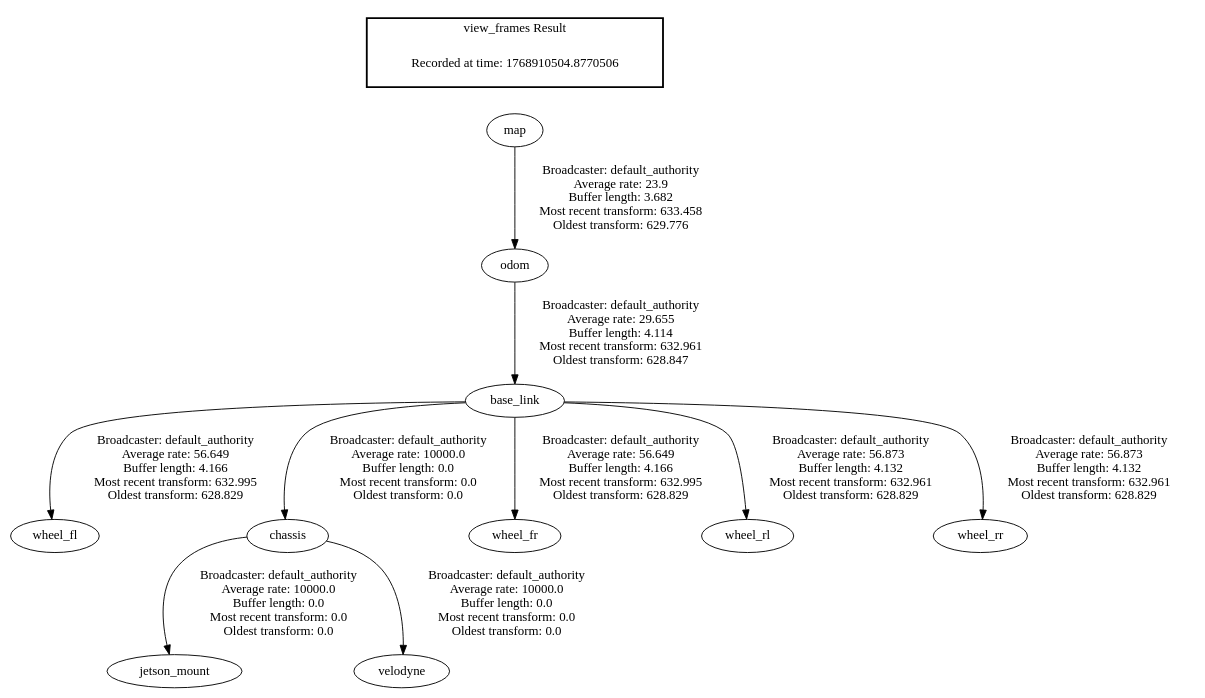
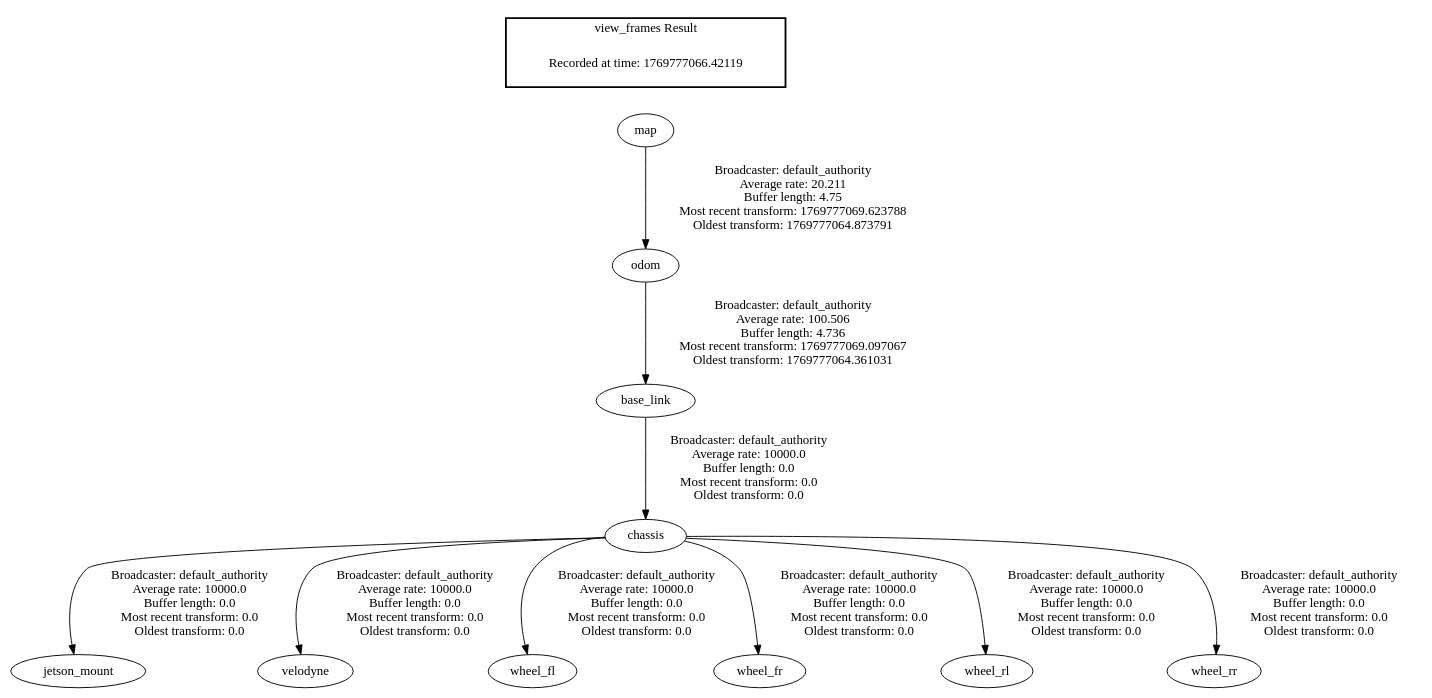
The diagram in frames.gv (lukasderia/ros2_leo_ws), drawn with Graphviz before and after one commit. The commit also changed 2 other files, not shown here.

```diff
--- a/frames.gv
+++ b/frames.gv
@@ -1,15 +1,15 @@
 digraph G {
-"base_link" -> "wheel_fl"[label=" Broadcaster: default_authority\nAverage rate: 56.649\nBuffer length: 4.166\nMost recent transform: 632.995\nOldest transform: 628.829\n"];
 "base_link" -> "chassis"[label=" Broadcaster: default_authority\nAverage rate: 10000.0\nBuffer length: 0.0\nMost recent transform: 0.0\nOldest transform: 0.0\n"];
-"base_link" -> "wheel_fr"[label=" Broadcaster: default_authority\nAverage rate: 56.649\nBuffer length: 4.166\nMost recent transform: 632.995\nOldest transform: 628.829\n"];
-"base_link" -> "wheel_rl"[label=" Broadcaster: default_authority\nAverage rate: 56.873\nBuffer length: 4.132\nMost recent transform: 632.961\nOldest transform: 628.829\n"];
-"base_link" -> "wheel_rr"[label=" Broadcaster: default_authority\nAverage rate: 56.873\nBuffer length: 4.132\nMost recent transform: 632.961\nOldest transform: 628.829\n"];
-"odom" -> "base_link"[label=" Broadcaster: default_authority\nAverage rate: 29.655\nBuffer length: 4.114\nMost recent transform: 632.961\nOldest transform: 628.847\n"];
+"odom" -> "base_link"[label=" Broadcaster: default_authority\nAverage rate: 100.506\nBuffer length: 4.736\nMost recent transform: 1769777069.097067\nOldest transform: 1769777064.361031\n"];
 "chassis" -> "jetson_mount"[label=" Broadcaster: default_authority\nAverage rate: 10000.0\nBuffer length: 0.0\nMost recent transform: 0.0\nOldest transform: 0.0\n"];
 "chassis" -> "velodyne"[label=" Broadcaster: default_authority\nAverage rate: 10000.0\nBuffer length: 0.0\nMost recent transform: 0.0\nOldest transform: 0.0\n"];
-"map" -> "odom"[label=" Broadcaster: default_authority\nAverage rate: 23.9\nBuffer length: 3.682\nMost recent transform: 633.458\nOldest transform: 629.776\n"];
+"chassis" -> "wheel_fl"[label=" Broadcaster: default_authority\nAverage rate: 10000.0\nBuffer length: 0.0\nMost recent transform: 0.0\nOldest transform: 0.0\n"];
+"chassis" -> "wheel_fr"[label=" Broadcaster: default_authority\nAverage rate: 10000.0\nBuffer length: 0.0\nMost recent transform: 0.0\nOldest transform: 0.0\n"];
+"chassis" -> "wheel_rl"[label=" Broadcaster: default_authority\nAverage rate: 10000.0\nBuffer length: 0.0\nMost recent transform: 0.0\nOldest transform: 0.0\n"];
+"chassis" -> "wheel_rr"[label=" Broadcaster: default_authority\nAverage rate: 10000.0\nBuffer length: 0.0\nMost recent transform: 0.0\nOldest transform: 0.0\n"];
+"map" -> "odom"[label=" Broadcaster: default_authority\nAverage rate: 20.211\nBuffer length: 4.75\nMost recent transform: 1769777069.623788\nOldest transform: 1769777064.873791\n"];
 edge [style=invis];
  subgraph cluster_legend { style=bold; color=black; label ="view_frames Result";
-"Recorded at time: 1768910504.8770506"[ shape=plaintext ] ;
+"Recorded at time: 1769777066.42119"[ shape=plaintext ] ;
 }->"map";
 }
```
